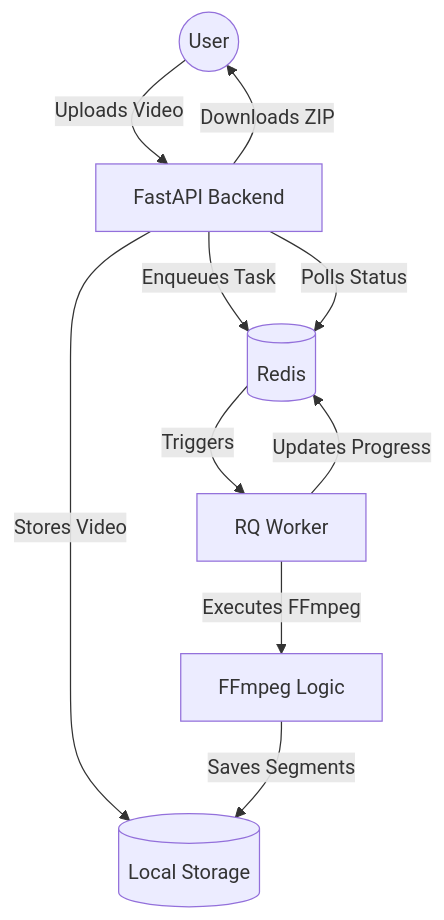
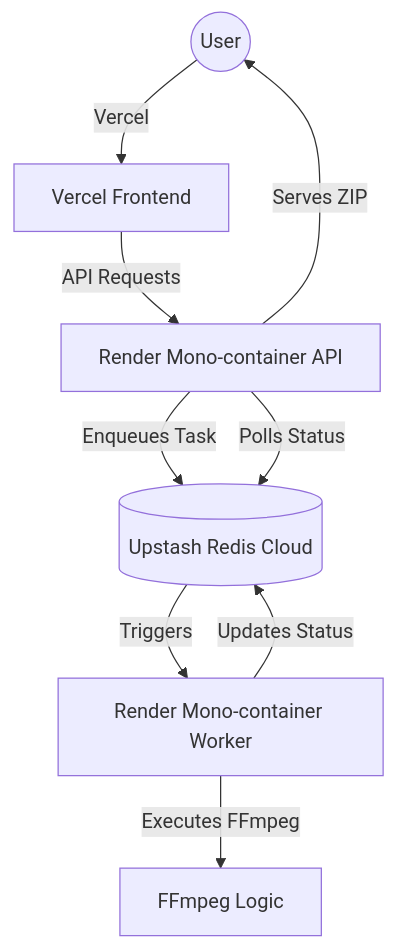
The diagram in README.md (berkaydgryl/Segmento), drawn with Mermaid before and after one commit. The commit also changed other lines of this file, not shown here.

Commit message:
Docs: Update README with production architecture and live URL

````diff
--- a/README.md
+++ b/README.md
@@ -32,12 +34,11 @@
 ```mermaid
 graph TD
-    User((User)) -->|Uploads Video| API[FastAPI Backend]
-    API -->|Stores Video| LocalStorage[(Local Storage)]
-    API -->|Enqueues Task| Redis[(Redis)]
-    Redis -->|Triggers| Worker[RQ Worker]
+    User((User)) -->|Vercel| Frontend[Vercel Frontend]
+    Frontend -->|API Requests| RenderAPI[Render Mono-container API]
+    RenderAPI -->|Enqueues Task| Upstash[(Upstash Redis Cloud)]
+    Upstash -->|Triggers| Worker[Render Mono-container Worker]
     Worker -->|Executes FFmpeg| FFmpeg[FFmpeg Logic]
-    FFmpeg -->|Saves Segments| LocalStorage
-    Worker -->|Updates Progress| Redis
-    API -->|Polls Status| Redis
-    API -->|Downloads ZIP| User
+    Worker -->|Updates Status| Upstash
+    RenderAPI -->|Polls Status| Upstash
+    RenderAPI -->|Serves ZIP| User
 ```
````
